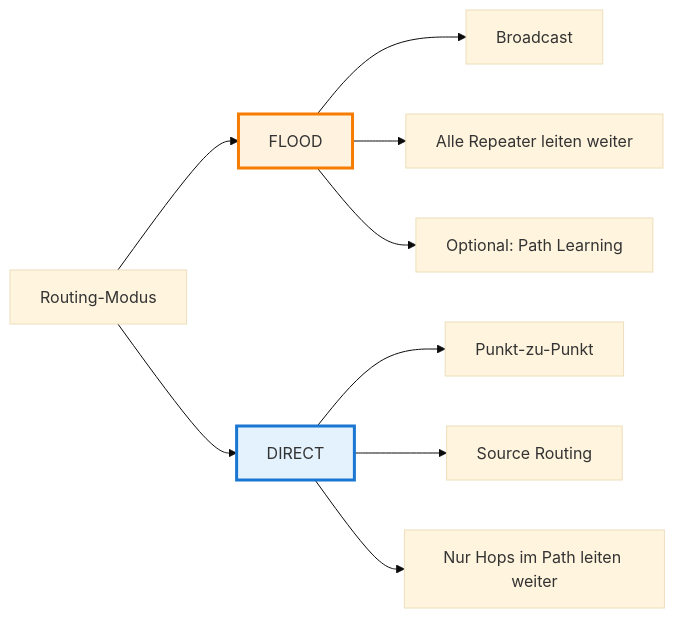
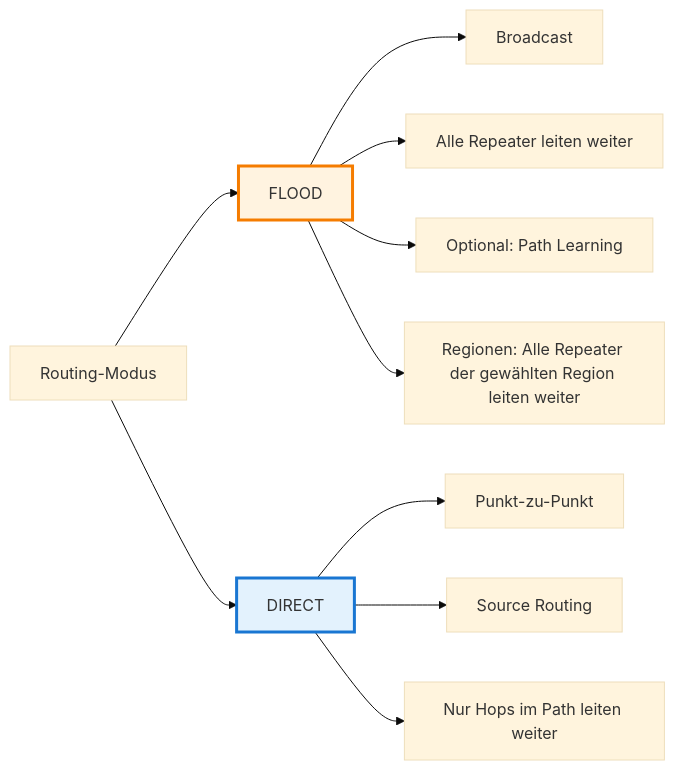
One commit to meshrheinland/website changed the first of 4 diagrams in docs/meshcore/routing.md. Above: the diagram before and after it, drawn with Mermaid (base theme).

````diff
--- a/docs/meshcore/routing.md
+++ b/docs/meshcore/routing.md
@@ -9,16 +9,17 @@
 ```mermaid
 graph LR
     A[Routing-Modus] --> B[FLOOD]
     A --> C[DIRECT]
 
     B --> B1[Broadcast]
     B --> B2[Alle Repeater leiten weiter]
     B --> B3[Optional: Path Learning]
+    B --> B4[Regionen: Alle Repeater der gewählten Region leiten weiter]
 
     C --> C1[Punkt-zu-Punkt]
     C --> C2[Source Routing]
     C --> C3[Nur Hops im Path leiten weiter]
 
     style B fill:#fff3e0,stroke:#f57c00,stroke-width:3px
     style C fill:#e3f2fd,stroke:#1976d2,stroke-width:3px
 ```
````
